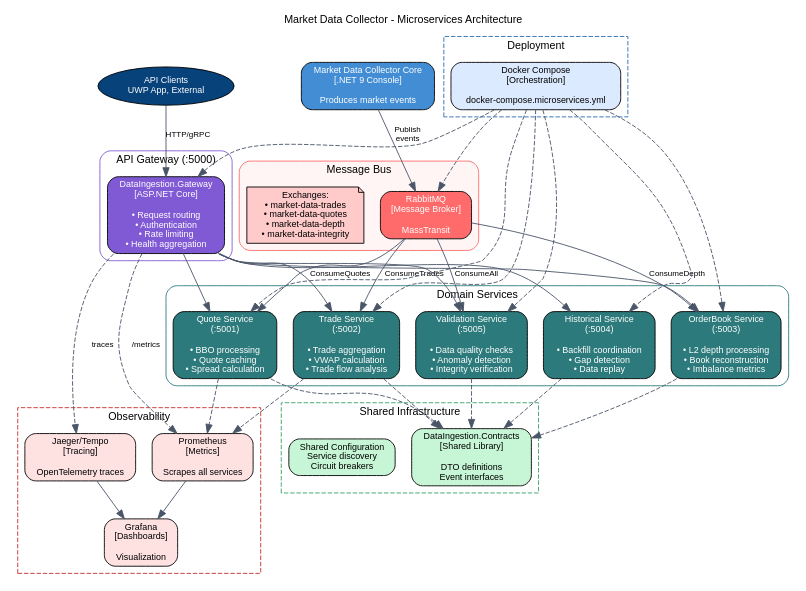
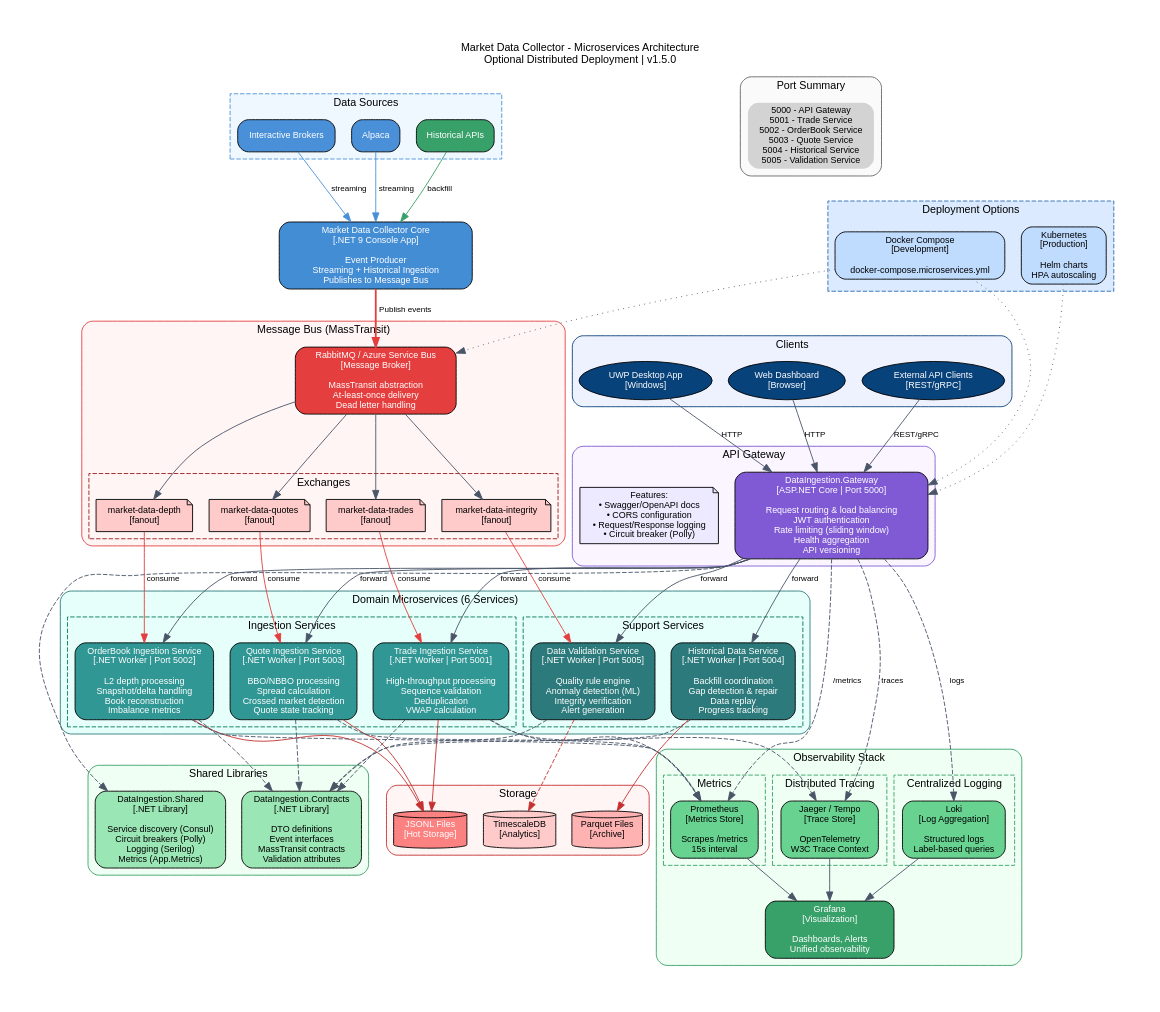
One commit to rodoHasArrived/Market-Data-Collector changed the diagram in docs/diagrams/microservices-architecture.dot. Above: the diagram before and after it, drawn with Graphviz. The commit also changed 10 other files, not shown here.

First line of the commit message:
docs: improve architecture diagrams and add new ones

```diff
--- a/docs/diagrams/microservices-architecture.dot
+++ b/docs/diagrams/microservices-architecture.dot
@@ -1,144 +1,280 @@
 // Microservices Architecture Diagram
 // Market Data Collector v1.5.0
 // Last Updated: 2026-01-08
+//
+// This diagram shows the optional distributed microservices deployment
+// for high-throughput scenarios with horizontal scaling.
+//
+// Generate: dot -Tpng microservices-architecture.dot -o microservices-architecture.png
+//           dot -Tsvg microservices-architecture.dot -o microservices-architecture.svg
 
 digraph MicroservicesArchitecture {
   rankdir=TB;
-  graph [fontname="Helvetica", fontsize=12, bgcolor="white", compound=true];
+  graph [fontname="Helvetica", fontsize=12, bgcolor="white", compound=true, pad=0.5];
   node  [fontname="Helvetica", fontsize=10, shape=box, style="rounded,filled"];
   edge  [fontname="Helvetica", fontsize=9, color="#4a5568"];
 
   // Title
   labelloc="t";
-  label="Market Data Collector - Microservices Architecture";
+  label="Market Data Collector - Microservices Architecture\nOptional Distributed Deployment | v1.5.0";
 
-  // External
-  CLIENTS [shape=oval, fillcolor="#08427b", fontcolor="white",
-           label="API Clients\nUWP App, External"];
+  // External Clients
+  subgraph cluster_clients {
+    label="Clients";
+    color="#08427b";
+    style="rounded";
+    bgcolor="#eef2ff";
 
-  // Core Collector
-  CORE [shape=box, fillcolor="#438dd5", fontcolor="white",
-        label="Market Data Collector Core\n[.NET 9 Console]\n\nProduces market events"];
+    UWP [shape=oval, fillcolor="#08427b", fontcolor="white",
+         label="UWP Desktop App\n[Windows]"];
+    WEB [shape=oval, fillcolor="#08427b", fontcolor="white",
+         label="Web Dashboard\n[Browser]"];
+    API_CLIENTS [shape=oval, fillcolor="#08427b", fontcolor="white",
+                 label="External API Clients\n[REST/gRPC]"];
+  }
+
+  // Data Sources
+  subgraph cluster_sources {
+    label="Data Sources";
+    color="#4a90d9";
+    style="dashed";
+    bgcolor="#f0f8ff";
+
+    IB [shape=box, fillcolor="#4a90d9", fontcolor="white",
+        label="Interactive Brokers"];
+    ALP [shape=box, fillcolor="#4a90d9", fontcolor="white",
+         label="Alpaca"];
+    HIST [shape=box, fillcolor="#38a169", fontcolor="white",
+          label="Historical APIs"];
+  }
+
+  // Core Collector (Event Producer)
+  CORE [shape=box, fillcolor="#438dd5", fontcolor="white", width=3,
+        label="Market Data Collector Core\n[.NET 9 Console App]\n\nEvent Producer\nStreaming + Historical Ingestion\nPublishes to Message Bus"];
 
   // Message Bus
   subgraph cluster_messaging {
-    label="Message Bus";
-    color="#ff6b6b";
+    label="Message Bus (MassTransit)";
+    color="#e53e3e";
     style="rounded";
     bgcolor="#fff5f5";
 
-    RABBITMQ [shape=box, fillcolor="#ff6b6b", fontcolor="white",
-              label="RabbitMQ\n[Message Broker]\n\nMassTransit"];
+    RABBITMQ [shape=box, fillcolor="#e53e3e", fontcolor="white", width=2.5,
+              label="RabbitMQ / Azure Service Bus\n[Message Broker]\n\nMassTransit abstraction\nAt-least-once delivery\nDead letter handling"];
 
-    EXCHANGES [shape=note, fillcolor="#fecaca",
-               label="Exchanges:\n• market-data-trades\n• market-data-quotes\n• market-data-depth\n• market-data-integrity"];
+    subgraph cluster_exchanges {
+      label="Exchanges";
+      style="dashed";
+      color="#991b1b";
+
+      EX_TRADE [shape=note, fillcolor="#fecaca",
+                label="market-data-trades\n[fanout]"];
+      EX_QUOTE [shape=note, fillcolor="#fecaca",
+                label="market-data-quotes\n[fanout]"];
+      EX_DEPTH [shape=note, fillcolor="#fecaca",
+                label="market-data-depth\n[fanout]"];
+      EX_INTEGRITY [shape=note, fillcolor="#fecaca",
+                    label="market-data-integrity\n[fanout]"];
+    }
   }
 
   // API Gateway
   subgraph cluster_gateway {
-    label="API Gateway (:5000)";
+    label="API Gateway";
     color="#805ad5";
     style="rounded";
+    bgcolor="#faf5ff";
 
-    GATEWAY [shape=box, fillcolor="#805ad5", fontcolor="white",
-             label="DataIngestion.Gateway\n[ASP.NET Core]\n\n• Request routing\n• Authentication\n• Rate limiting\n• Health aggregation"];
+    GATEWAY [shape=box, fillcolor="#805ad5", fontcolor="white", width=3,
+             label="DataIngestion.Gateway\n[ASP.NET Core | Port 5000]\n\nRequest routing & load balancing\nJWT authentication\nRate limiting (sliding window)\nHealth aggregation\nAPI versioning"];
+
+    GATEWAY_FEATURES [shape=note, fillcolor="#ede9fe",
+                      label="Features:\n• Swagger/OpenAPI docs\n• CORS configuration\n• Request/Response logging\n• Circuit breaker (Polly)"];
   }
 
   // Microservices
   subgraph cluster_services {
-    label="Domain Services";
+    label="Domain Microservices (6 Services)";
     color="#2c7a7b";
     style="rounded";
+    bgcolor="#e6fffa";
 
-    QUOTE_SVC [shape=box, fillcolor="#2c7a7b", fontcolor="white",
-               label="Quote Service\n(:5001)\n\n• BBO processing\n• Quote caching\n• Spread calculation"];
+    subgraph cluster_ingestion {
+      label="Ingestion Services";
+      style="dashed";
+      color="#047857";
 
-    TRADE_SVC [shape=box, fillcolor="#2c7a7b", fontcolor="white",
-               label="Trade Service\n(:5002)\n\n• Trade aggregation\n• VWAP calculation\n• Trade flow analysis"];
+      TRADE_SVC [shape=box, fillcolor="#319795", fontcolor="white",
+                 label="Trade Ingestion Service\n[.NET Worker | Port 5001]\n\nHigh-throughput processing\nSequence validation\nDeduplication\nVWAP calculation"];
 
-    ORDERBOOK_SVC [shape=box, fillcolor="#2c7a7b", fontcolor="white",
-                   label="OrderBook Service\n(:5003)\n\n• L2 depth processing\n• Book reconstruction\n• Imbalance metrics"];
+      ORDERBOOK_SVC [shape=box, fillcolor="#319795", fontcolor="white",
+                     label="OrderBook Ingestion Service\n[.NET Worker | Port 5002]\n\nL2 depth processing\nSnapshot/delta handling\nBook reconstruction\nImbalance metrics"];
 
-    HISTORICAL_SVC [shape=box, fillcolor="#2c7a7b", fontcolor="white",
-                    label="Historical Service\n(:5004)\n\n• Backfill coordination\n• Gap detection\n• Data replay"];
+      QUOTE_SVC [shape=box, fillcolor="#319795", fontcolor="white",
+                 label="Quote Ingestion Service\n[.NET Worker | Port 5003]\n\nBBO/NBBO processing\nSpread calculation\nCrossed market detection\nQuote state tracking"];
+    }
 
-    VALIDATION_SVC [shape=box, fillcolor="#2c7a7b", fontcolor="white",
-                    label="Validation Service\n(:5005)\n\n• Data quality checks\n• Anomaly detection\n• Integrity verification"];
+    subgraph cluster_support {
+      label="Support Services";
+      style="dashed";
+      color="#047857";
+
+      HISTORICAL_SVC [shape=box, fillcolor="#2c7a7b", fontcolor="white",
+                      label="Historical Data Service\n[.NET Worker | Port 5004]\n\nBackfill coordination\nGap detection & repair\nData replay\nProgress tracking"];
+
+      VALIDATION_SVC [shape=box, fillcolor="#2c7a7b", fontcolor="white",
+                      label="Data Validation Service\n[.NET Worker | Port 5005]\n\nQuality rule engine\nAnomaly detection (ML)\nIntegrity verification\nAlert generation"];
+    }
   }
 
-  // Shared Components
+  // Shared Libraries
   subgraph cluster_shared {
-    label="Shared Infrastructure";
+    label="Shared Libraries";
     color="#38a169";
-    style="dashed";
+    style="rounded";
+    bgcolor="#f0fff4";
 
-    CONTRACTS [shape=box, fillcolor="#c6f6d5",
-               label="DataIngestion.Contracts\n[Shared Library]\n\nDTO definitions\nEvent interfaces"];
+    CONTRACTS [shape=box, fillcolor="#9ae6b4",
+               label="DataIngestion.Contracts\n[.NET Library]\n\nDTO definitions\nEvent interfaces\nMassTransit contracts\nValidation attributes"];
 
-    CONFIG [shape=box, fillcolor="#c6f6d5",
-            label="Shared Configuration\nService discovery\nCircuit breakers"];
+    SHARED_INFRA [shape=box, fillcolor="#9ae6b4",
+                  label="DataIngestion.Shared\n[.NET Library]\n\nService discovery (Consul)\nCircuit breakers (Polly)\nLogging (Serilog)\nMetrics (App.Metrics)"];
   }
 
-  // Monitoring
-  subgraph cluster_monitoring {
-    label="Observability";
+  // Storage
+  subgraph cluster_storage {
+    label="Storage";
     color="#c53030";
-    style="dashed";
+    style="rounded";
+    bgcolor="#fff5f5";
 
-    PROMETHEUS [shape=box, fillcolor="#fee2e2",
-                label="Prometheus\n[Metrics]\n\nScrapes all services"];
-
-    JAEGER [shape=box, fillcolor="#fee2e2",
-            label="Jaeger/Tempo\n[Tracing]\n\nOpenTelemetry traces"];
-
-    GRAFANA [shape=box, fillcolor="#fee2e2",
-             label="Grafana\n[Dashboards]\n\nVisualization"];
+    JSONL [shape=cylinder, fillcolor="#fc8181", fontcolor="white",
+           label="JSONL Files\n[Hot Storage]"];
+    PARQUET [shape=cylinder, fillcolor="#feb2b2",
+             label="Parquet Files\n[Archive]"];
+    TIMESCALE [shape=cylinder, fillcolor="#fecaca",
+               label="TimescaleDB\n[Analytics]"];
   }
 
-  // Docker
-  subgraph cluster_docker {
-    label="Deployment";
+  // Observability Stack
+  subgraph cluster_observability {
+    label="Observability Stack";
+    color="#38a169";
+    style="rounded";
+    bgcolor="#f0fff4";
+
+    subgraph cluster_metrics {
+      label="Metrics";
+      style="dashed";
+
+      PROMETHEUS [shape=box, fillcolor="#68d391",
+                  label="Prometheus\n[Metrics Store]\n\nScrapes /metrics\n15s interval"];
+    }
+
+    subgraph cluster_tracing {
+      label="Distributed Tracing";
+      style="dashed";
+
+      JAEGER [shape=box, fillcolor="#68d391",
+              label="Jaeger / Tempo\n[Trace Store]\n\nOpenTelemetry\nW3C Trace Context"];
+    }
+
+    subgraph cluster_logging {
+      label="Centralized Logging";
+      style="dashed";
+
+      LOKI [shape=box, fillcolor="#68d391",
+            label="Loki\n[Log Aggregation]\n\nStructured logs\nLabel-based queries"];
+    }
+
+    GRAFANA [shape=box, fillcolor="#38a169", fontcolor="white", width=2,
+             label="Grafana\n[Visualization]\n\nDashboards, Alerts\nUnified observability"];
+  }
+
+  // Deployment
+  subgraph cluster_deployment {
+    label="Deployment Options";
     color="#2b6cb0";
     style="dashed";
+    bgcolor="#dbeafe";
 
-    DOCKER [shape=box, fillcolor="#dbeafe",
-            label="Docker Compose\n[Orchestration]\n\ndocker-compose.microservices.yml"];
+    DOCKER [shape=box, fillcolor="#bfdbfe",
+            label="Docker Compose\n[Development]\n\ndocker-compose.microservices.yml"];
+    K8S [shape=box, fillcolor="#bfdbfe",
+         label="Kubernetes\n[Production]\n\nHelm charts\nHPA autoscaling"];
   }
 
-  // Relationships
-  CORE -> RABBITMQ [label="Publish\nevents"];
-  RABBITMQ -> QUOTE_SVC [label="ConsumeQuotes"];
-  RABBITMQ -> TRADE_SVC [label="ConsumeTrades"];
-  RABBITMQ -> ORDERBOOK_SVC [label="ConsumeDepth"];
-  RABBITMQ -> VALIDATION_SVC [label="ConsumeAll"];
+  // Data Flow
+  IB -> CORE [color="#4a90d9", label="streaming"];
+  ALP -> CORE [color="#4a90d9", label="streaming"];
+  HIST -> CORE [color="#38a169", label="backfill"];
 
-  CLIENTS -> GATEWAY [label="HTTP/gRPC"];
-  GATEWAY -> QUOTE_SVC;
-  GATEWAY -> TRADE_SVC;
-  GATEWAY -> ORDERBOOK_SVC;
-  GATEWAY -> HISTORICAL_SVC;
-  GATEWAY -> VALIDATION_SVC;
+  CORE -> RABBITMQ [color="#e53e3e", penwidth=2, label="Publish events"];
+  RABBITMQ -> EX_TRADE;
+  RABBITMQ -> EX_QUOTE;
+  RABBITMQ -> EX_DEPTH;
+  RABBITMQ -> EX_INTEGRITY;
 
+  EX_TRADE -> TRADE_SVC [color="#e53e3e", label="consume"];
+  EX_QUOTE -> QUOTE_SVC [color="#e53e3e", label="consume"];
+  EX_DEPTH -> ORDERBOOK_SVC [color="#e53e3e", label="consume"];
+  EX_INTEGRITY -> VALIDATION_SVC [color="#e53e3e", label="consume"];
+
+  // Client to Gateway
+  UWP -> GATEWAY [label="HTTP"];
+  WEB -> GATEWAY [label="HTTP"];
+  API_CLIENTS -> GATEWAY [label="REST/gRPC"];
+
+  // Gateway to Services
+  GATEWAY -> TRADE_SVC [label="forward"];
+  GATEWAY -> QUOTE_SVC [label="forward"];
+  GATEWAY -> ORDERBOOK_SVC [label="forward"];
+  GATEWAY -> HISTORICAL_SVC [label="forward"];
+  GATEWAY -> VALIDATION_SVC [label="forward"];
+
+  // Services to Shared
+  TRADE_SVC -> CONTRACTS [style=dashed];
   QUOTE_SVC -> CONTRACTS [style=dashed];
-  TRADE_SVC -> CONTRACTS [style=dashed];
   ORDERBOOK_SVC -> CONTRACTS [style=dashed];
   HISTORICAL_SVC -> CONTRACTS [style=dashed];
   VALIDATION_SVC -> CONTRACTS [style=dashed];
+  GATEWAY -> SHARED_INFRA [style=dashed];
 
+  // Services to Storage
+  TRADE_SVC -> JSONL [color="#c53030"];
+  QUOTE_SVC -> JSONL [color="#c53030"];
+  ORDERBOOK_SVC -> JSONL [color="#c53030"];
+  HISTORICAL_SVC -> PARQUET [color="#c53030"];
+  VALIDATION_SVC -> TIMESCALE [color="#c53030", style=dashed];
+
+  // Observability connections
   GATEWAY -> PROMETHEUS [style=dashed, label="/metrics"];
+  TRADE_SVC -> PROMETHEUS [style=dashed];
   QUOTE_SVC -> PROMETHEUS [style=dashed];
-  TRADE_SVC -> PROMETHEUS [style=dashed];
+  ORDERBOOK_SVC -> PROMETHEUS [style=dashed];
 
   GATEWAY -> JAEGER [style=dashed, label="traces"];
+  TRADE_SVC -> JAEGER [style=dashed];
+
+  GATEWAY -> LOKI [style=dashed, label="logs"];
 
   PROMETHEUS -> GRAFANA;
   JAEGER -> GRAFANA;
+  LOKI -> GRAFANA;
 
-  DOCKER -> GATEWAY [style=dashed];
-  DOCKER -> QUOTE_SVC [style=dashed];
-  DOCKER -> TRADE_SVC [style=dashed];
-  DOCKER -> ORDERBOOK_SVC [style=dashed];
-  DOCKER -> HISTORICAL_SVC [style=dashed];
-  DOCKER -> VALIDATION_SVC [style=dashed];
-  DOCKER -> RABBITMQ [style=dashed];
+  // Deployment
+  DOCKER -> GATEWAY [style=dotted];
+  DOCKER -> RABBITMQ [style=dotted];
+  K8S -> GATEWAY [style=dotted];
+
+  // Legend
+  subgraph cluster_legend {
+    label="Port Summary";
+    style="rounded";
+    color="#666666";
+    bgcolor="#fafafa";
+
+    LEGEND [shape=plaintext,
+            label="5000 - API Gateway\n5001 - Trade Service\n5002 - OrderBook Service\n5003 - Quote Service\n5004 - Historical Service\n5005 - Validation Service"];
+  }
 }
```
